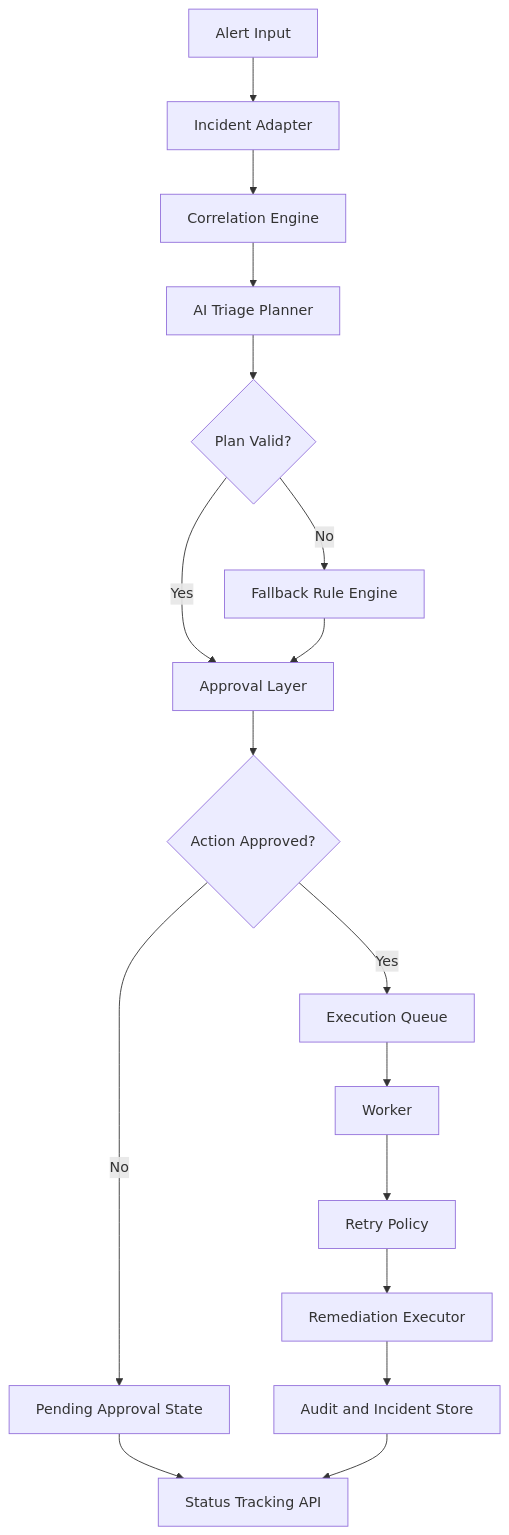
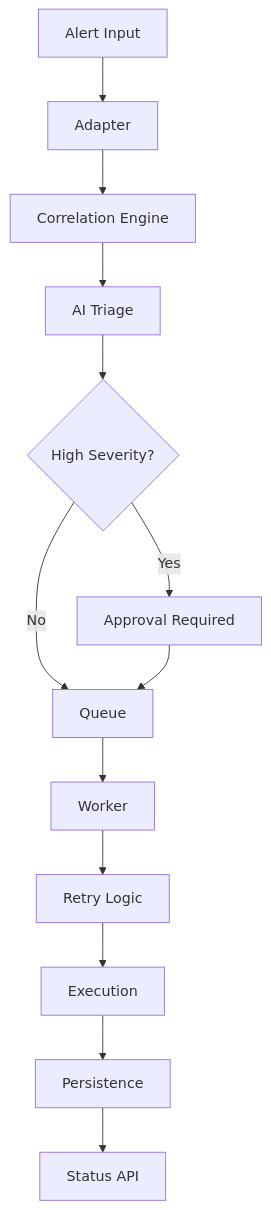
One commit to KASIVARMAHASTHI/AI-incident-triage-assistant changed the diagram in README.md. Above: the diagram before and after it, drawn with Mermaid. The commit also changed other lines of this file, not shown here.

````diff
--- a/README.md
+++ b/README.md
@@ -24,19 +7,15 @@
 ```mermaid
 flowchart TD
-    A[Alert Input] --> B[Incident Adapter]
+    A[Alert Input] --> B[Adapter]
     B --> C[Correlation Engine]
-    C --> D[AI Triage Planner]
-    D --> E{Plan Valid?}
-    E -- Yes --> F[Approval Layer]
-    E -- No --> G[Fallback Rule Engine]
-    G --> F
-    F --> H{Action Approved?}
-    H -- Yes --> I[Execution Queue]
-    H -- No --> J[Pending Approval State]
-    J --> K[Status Tracking API]
-    I --> L[Worker]
-    L --> M[Retry Policy]
-    M --> N[Remediation Executor]
-    N --> O[Audit and Incident Store]
-    O --> K[Status Tracking API]
+    C --> D[AI Triage]
+    D --> E{High Severity?}
+    E -- Yes --> F[Approval Required]
+    E -- No --> G[Queue]
+    F --> G
+    G --> H[Worker]
+    H --> I[Retry Logic]
+    I --> J[Execution]
+    J --> K[Persistence]
+    K --> L[Status API]
 ```
````
